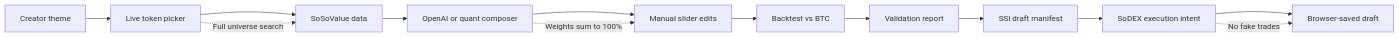
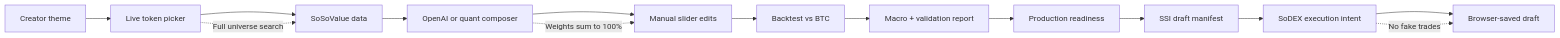
Before and after one commit to snenu/indexfordge: the first of 2 diagrams in README.md, drawn with Mermaid. The commit also changed other lines of this file and 27 other files, not shown here.

````diff
--- a/README.md
+++ b/README.md
@@ -37,16 +39,17 @@
 ```mermaid
 flowchart LR
   A["Creator theme"] --> B["Live token picker"]
   B --> C["SoSoValue data"]
   C --> D["OpenAI or quant composer"]
   D --> E["Manual slider edits"]
   E --> F["Backtest vs BTC"]
-  F --> G["Validation report"]
-  G --> H["SSI draft manifest"]
-  H --> I["SoDEX execution intent"]
-  I --> J["Browser-saved draft"]
+  F --> G["Macro + validation report"]
+  G --> H["Production readiness"]
+  H --> I["SSI draft manifest"]
+  I --> J["SoDEX execution intent"]
+  J --> K["Browser-saved draft"]
 
   B -. "Full universe search" .-> C
   D -. "Weights sum to 100%" .-> E
-  I -. "No fake trades" .-> J
+  J -. "No fake trades" .-> K
 ```
````
